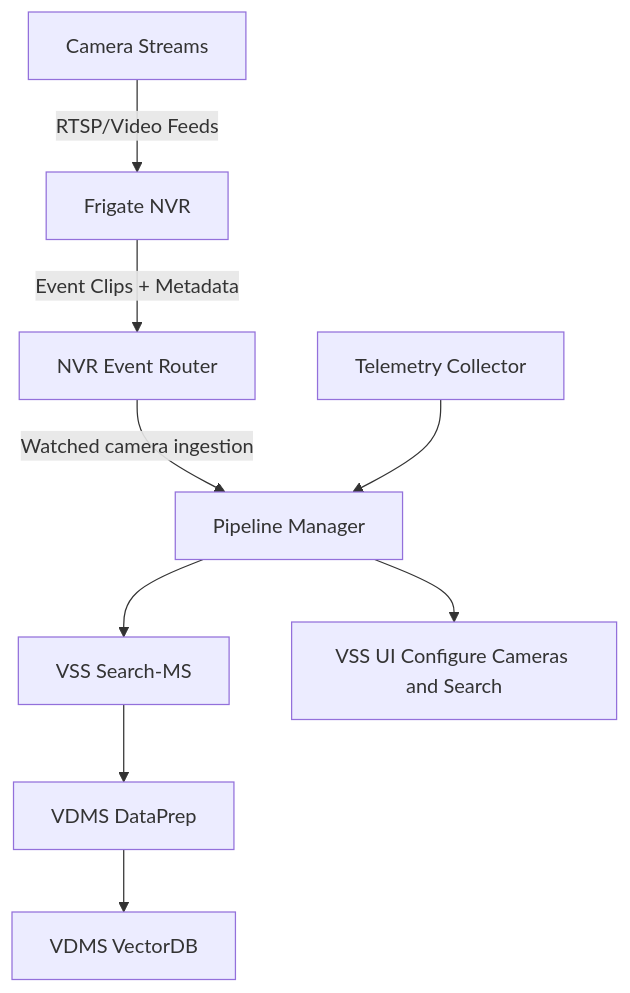
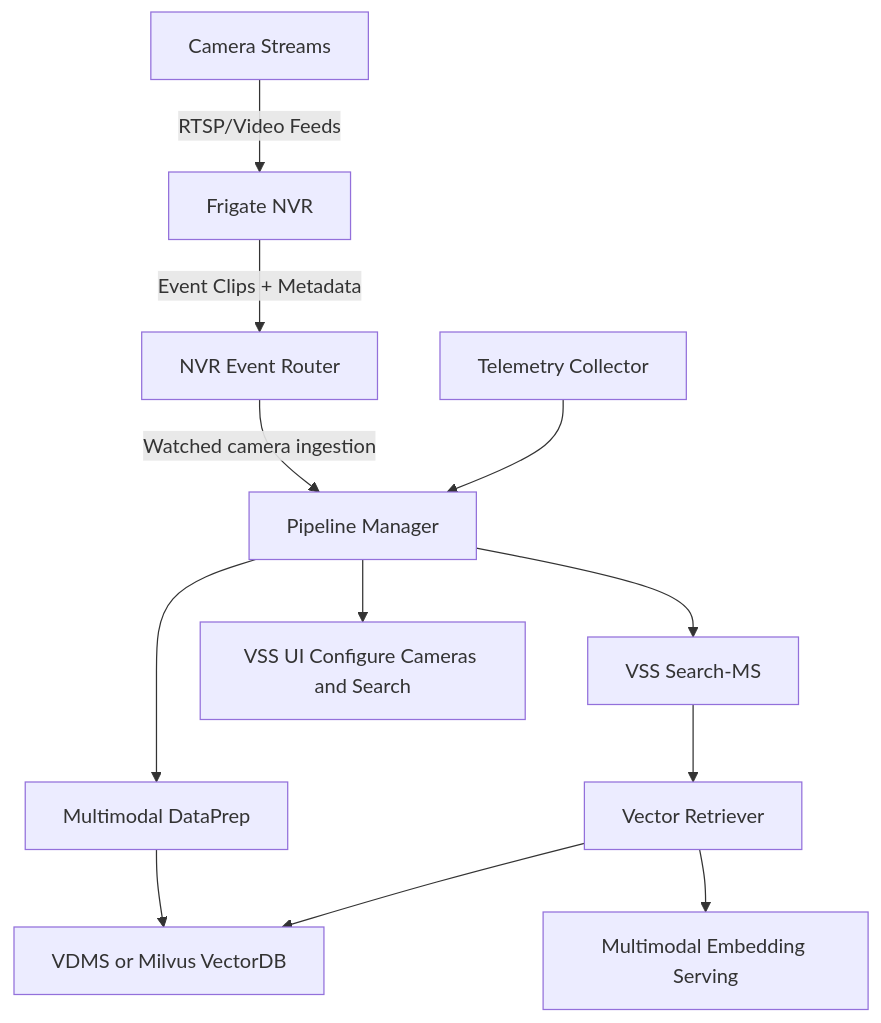
The diagram in metro-ai-suite/live-video-analysis/live-video-search/README.md (open-edge-platform/edge-ai-suites), drawn with Mermaid before and after one commit. The commit also changed other lines of this file and 54 other files, not shown here.

````diff
--- a/metro-ai-suite/live-video-analysis/live-video-search/README.md
+++ b/metro-ai-suite/live-video-analysis/live-video-search/README.md
@@ -18,11 +18,14 @@
 ```mermaid
 graph TD
   A[Camera Streams] -->|RTSP/Video Feeds| B[Frigate NVR]
   B -->|Event Clips + Metadata| C[NVR Event Router]
   C -->|Watched camera ingestion| H[Pipeline Manager]
+  H --> D[Multimodal DataPrep]
+  D --> G[VDMS or Milvus VectorDB]
   H --> E[VSS Search‑MS]
-  E --> F[VDMS DataPrep]
-  F --> G[VDMS VectorDB]
+  E --> R[Vector Retriever]
+  R --> G
+  R --> M[Multimodal Embedding Serving]
   H --> I[VSS UI Configure Cameras and Search]
   K[Telemetry Collector] --> H
 ```
````
